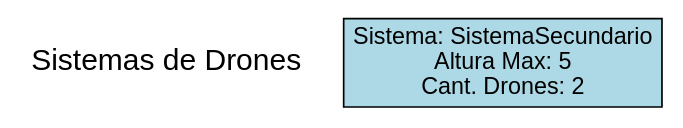
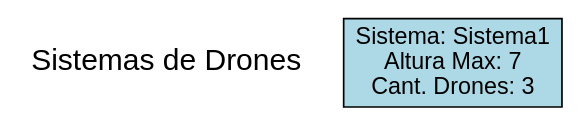
Before and after one commit to EmanuelRev/IPC2_Proyecto2_201907719: the diagram in wwwroot/graficas/ListadoSistemas.dot, drawn with Graphviz. The commit also changed 36 other files, not shown here.

```diff
--- a/wwwroot/graficas/ListadoSistemas.dot
+++ b/wwwroot/graficas/ListadoSistemas.dot
@@ -1,6 +1,6 @@
 digraph G {
   node [shape=box, style=filled, fillcolor=lightblue, fontname="Arial"];
   rankdir=TB;
   Titulo [label="Sistemas de Drones", shape=plaintext, fillcolor=white, fontsize=18];
-  SistemaSecundario [label="Sistema: SistemaSecundario\nAltura Max: 5\nCant. Drones: 2"];
+  Sistema1 [label="Sistema: Sistema1\nAltura Max: 7\nCant. Drones: 3"];
 }
```
